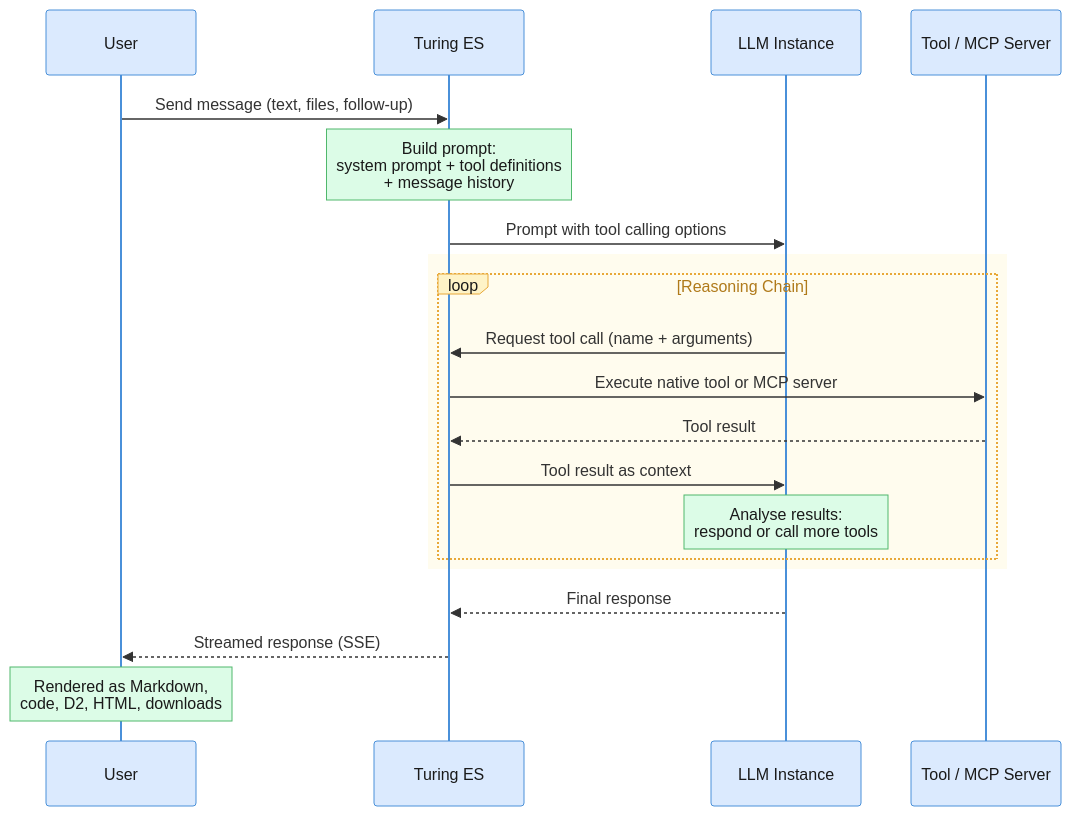
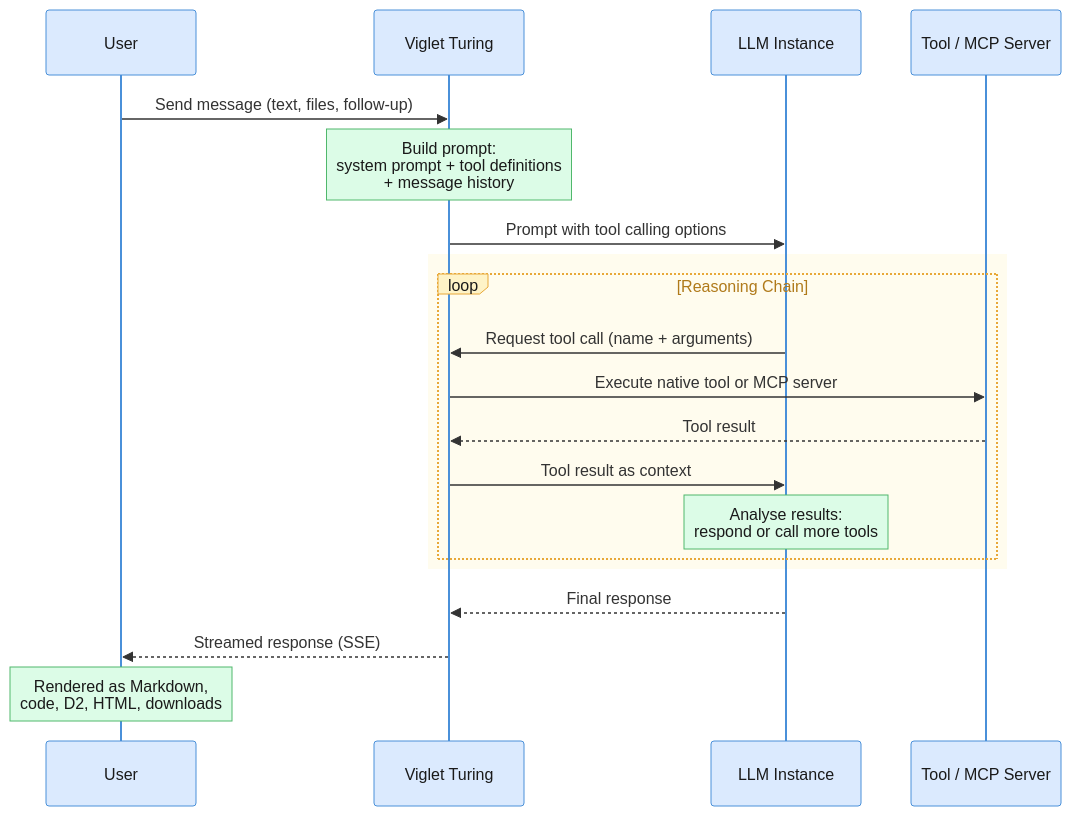
The diagram in diagrams/turing-agent-flow.mmd (openviglet/docs), drawn with Mermaid before and after one commit. The commit also changed 157 other files, not shown here.

```diff
--- a/diagrams/turing-agent-flow.mmd
+++ b/diagrams/turing-agent-flow.mmd
@@ -1,28 +1,28 @@
 %%{init: {'theme': 'base', 'themeVariables': {'fontSize': '13px', 'actorBkg': '#dbeafe', 'actorBorder': '#4A90D9', 'actorTextColor': '#1a1a1a', 'activationBkgColor': '#ede9fe', 'activationBorderColor': '#9B6EC5', 'signalColor': '#333', 'signalTextColor': '#333', 'labelBoxBkgColor': '#fef3c7', 'labelBoxBorderColor': '#E8A838', 'labelTextColor': '#1a1a1a', 'loopTextColor': '#b07a1a', 'noteBkgColor': '#dcfce7', 'noteBorderColor': '#50B86C', 'noteTextColor': '#1a1a1a'}}}%%
 sequenceDiagram
     participant User
-    participant Turing as Turing ES
+    participant Turing as Viglet Turing
     participant LLM as LLM Instance
     participant Tool as Tool / MCP Server
 
     User->>Turing: Send message (text, files, follow-up)
 
     Note over Turing: Build prompt:<br/>system prompt + tool definitions<br/>+ message history
 
     Turing->>LLM: Prompt with tool calling options
 
     rect rgba(254, 243, 199, 0.3)
     loop Reasoning Chain
         LLM->>Turing: Request tool call (name + arguments)
         Turing->>Tool: Execute native tool or MCP server
         Tool-->>Turing: Tool result
         Turing->>LLM: Tool result as context
         Note over LLM: Analyse results:<br/>respond or call more tools
     end
     end
 
     LLM-->>Turing: Final response
 
     Turing-->>User: Streamed response (SSE)
 
     Note over User: Rendered as Markdown,<br/>code, D2, HTML, downloads
```
